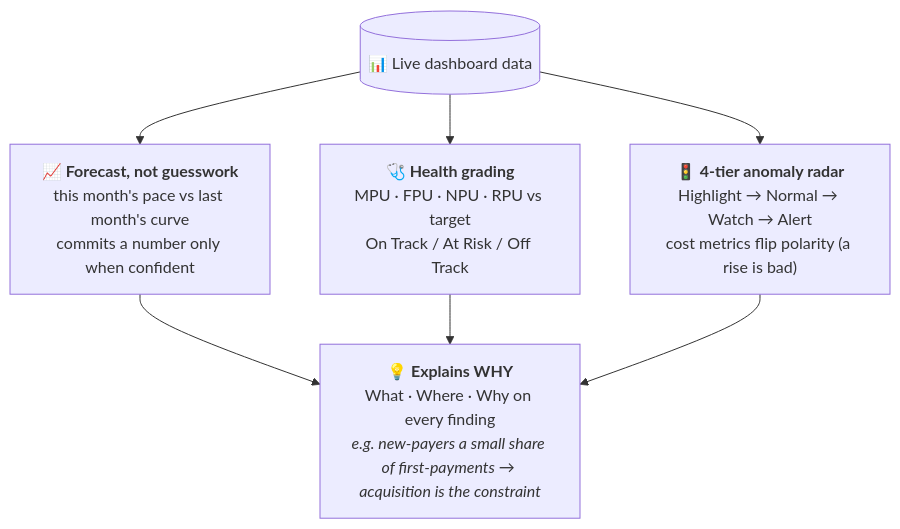
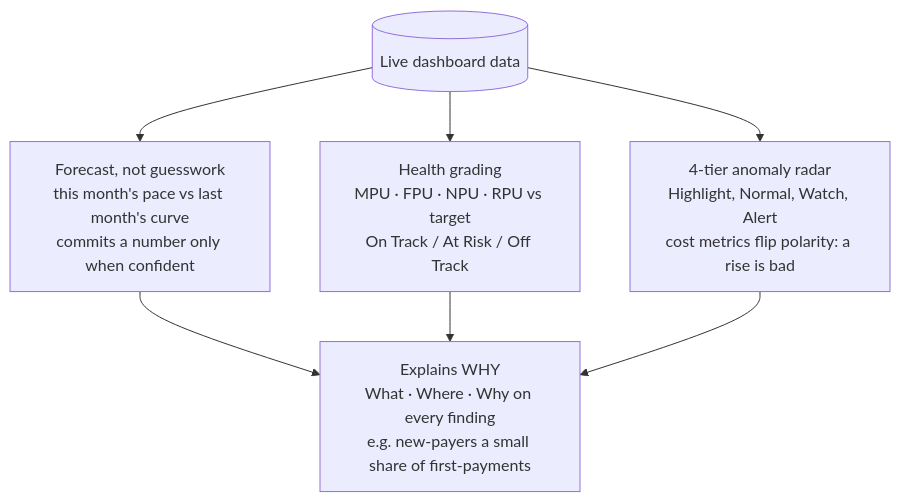
The third of 5 diagrams in README.md (thai-max-nguyen/claw-a-thon-demo-agent-mvp), drawn with Mermaid before and after one commit. The commit also changed other lines of this file and 1 other file, not shown here.

First line of the commit message:
docs: restructure README around the two mechanisms + fix broken mermaid

````diff
--- a/README.md
+++ b/README.md
@@ -110,10 +134,10 @@
 ```mermaid
 flowchart TD
-  D[("📊 Live dashboard data")]
-  D --> F["📈 <b>Forecast, not guesswork</b><br/>this month's pace vs last month's curve<br/>commits a number only when confident"]
-  D --> H["🩺 <b>Health grading</b><br/>MPU · FPU · NPU · RPU vs target<br/>On Track / At Risk / Off Track"]
-  D --> A["🚦 <b>4-tier anomaly radar</b><br/>Highlight → Normal → Watch → Alert<br/>cost metrics flip polarity (a rise is bad)"]
-  F --> W["💡 <b>Explains WHY</b><br/>What · Where · Why on every finding<br/><i>e.g. new-payers a small share of first-payments → acquisition is the constraint</i>"]
+  D[("Live dashboard data")]
+  D --> F["Forecast, not guesswork<br/>this month's pace vs last month's curve<br/>commits a number only when confident"]
+  D --> H["Health grading<br/>MPU · FPU · NPU · RPU vs target<br/>On Track / At Risk / Off Track"]
+  D --> A["4-tier anomaly radar<br/>Highlight, Normal, Watch, Alert<br/>cost metrics flip polarity: a rise is bad"]
+  F --> W["Explains WHY<br/>What · Where · Why on every finding<br/>e.g. new-payers a small share of first-payments"]
   H --> W
   A --> W
 ```
````
